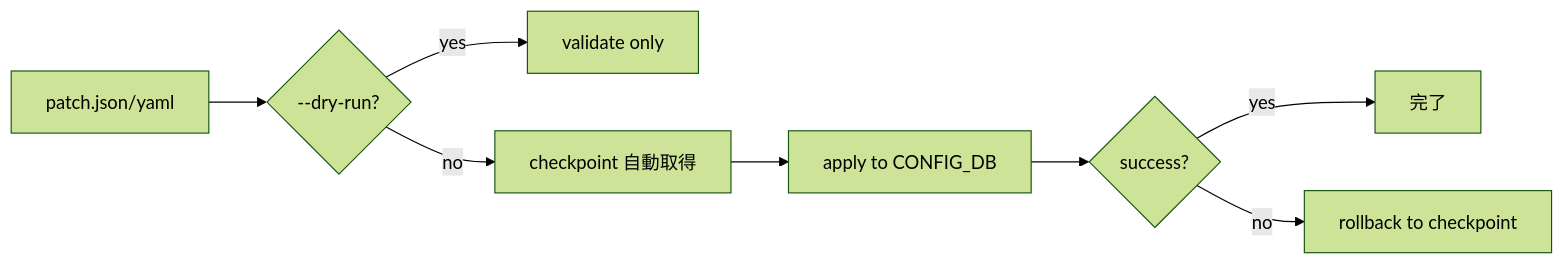
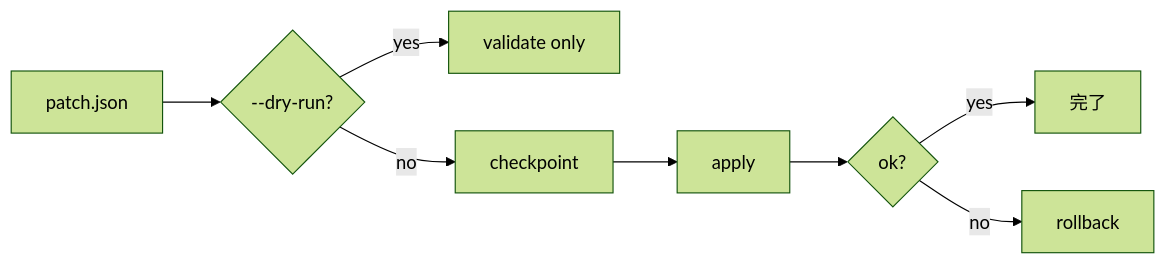
One commit to aoki-taquan/sonic-unofficial-docs changed the second of 2 diagrams in docs/management/sonic-nos-configuration-methods.md. Above: the diagram before and after it, drawn with Mermaid (forest theme). The commit also changed other lines of this file and 4 other files, not shown here.

````diff
--- a/docs/management/sonic-nos-configuration-methods.md
+++ b/docs/management/sonic-nos-configuration-methods.md
@@ -160,10 +130,8 @@
 ```mermaid
 flowchart LR
-    P[patch.json/yaml] --> DR{--dry-run?}
+    P[patch.json] --> DR{--dry-run?}
     DR -->|yes| V[validate only]
-    DR -->|no| C[checkpoint 自動取得]
-    C --> A[apply to CONFIG_DB]
-    A --> S{success?}
+    DR -->|no| C[checkpoint] --> A[apply] --> S{ok?}
     S -->|yes| OK[完了]
-    S -->|no| RB[rollback to checkpoint]
+    S -->|no| RB[rollback]
 ```
````
